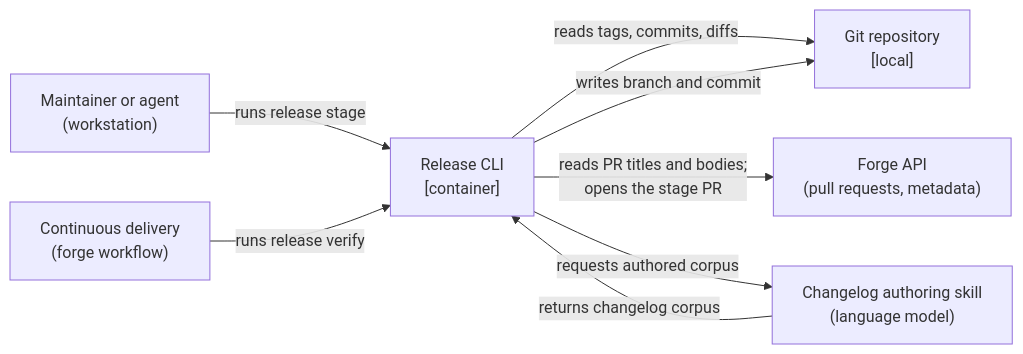
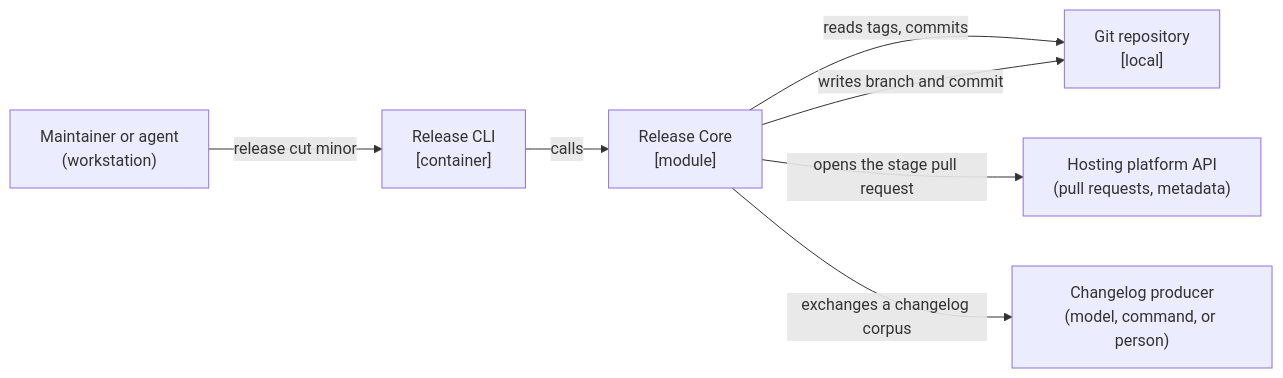
The diagram in specs/containers/release-cli/release-cli-container.md (brettcallaghan/release), drawn with Mermaid before and after one commit. The commit also changed other lines of this file and 32 other files, not shown here.

````diff
--- a/specs/containers/release-cli/release-cli-container.md
+++ b/specs/containers/release-cli/release-cli-container.md
@@ -46,17 +34,16 @@
 ```mermaid
 flowchart LR
   maintainer["Maintainer or agent<br/>(workstation)"]
-  ci["Continuous delivery<br/>(forge workflow)"]
   cli["Release CLI<br/>[container]"]
-  skill["Changelog authoring skill<br/>(language model)"]
+  core["Release Core<br/>[module]"]
+  producer["Changelog producer<br/>(model, command, or person)"]
   git["Git repository<br/>[local]"]
-  forge["Forge API<br/>(pull requests, metadata)"]
+  platform["Hosting platform API<br/>(pull requests, metadata)"]
 
-  maintainer -->|"runs release stage"| cli
-  ci -->|"runs release verify"| cli
-  cli -->|"reads tags, commits, diffs"| git
-  cli -->|"writes branch and commit"| git
-  cli -->|"reads PR titles and bodies;<br/>opens the stage PR"| forge
-  cli -->|"requests authored corpus"| skill
-  skill -->|"returns changelog corpus"| cli
+  maintainer -->|"release cut minor"| cli
+  cli -->|"calls"| core
+  core -->|"reads tags, commits"| git
+  core -->|"writes branch and commit"| git
+  core -->|"opens the stage pull request"| platform
+  core -->|"exchanges a changelog corpus"| producer
 ```
````
